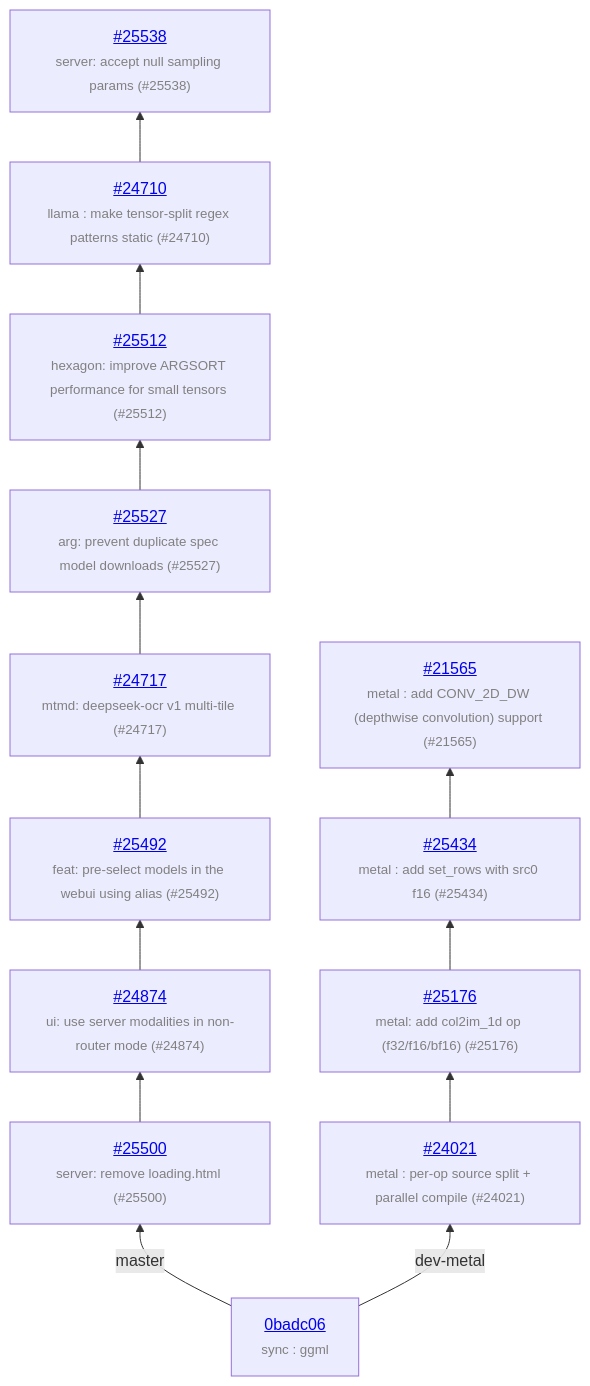
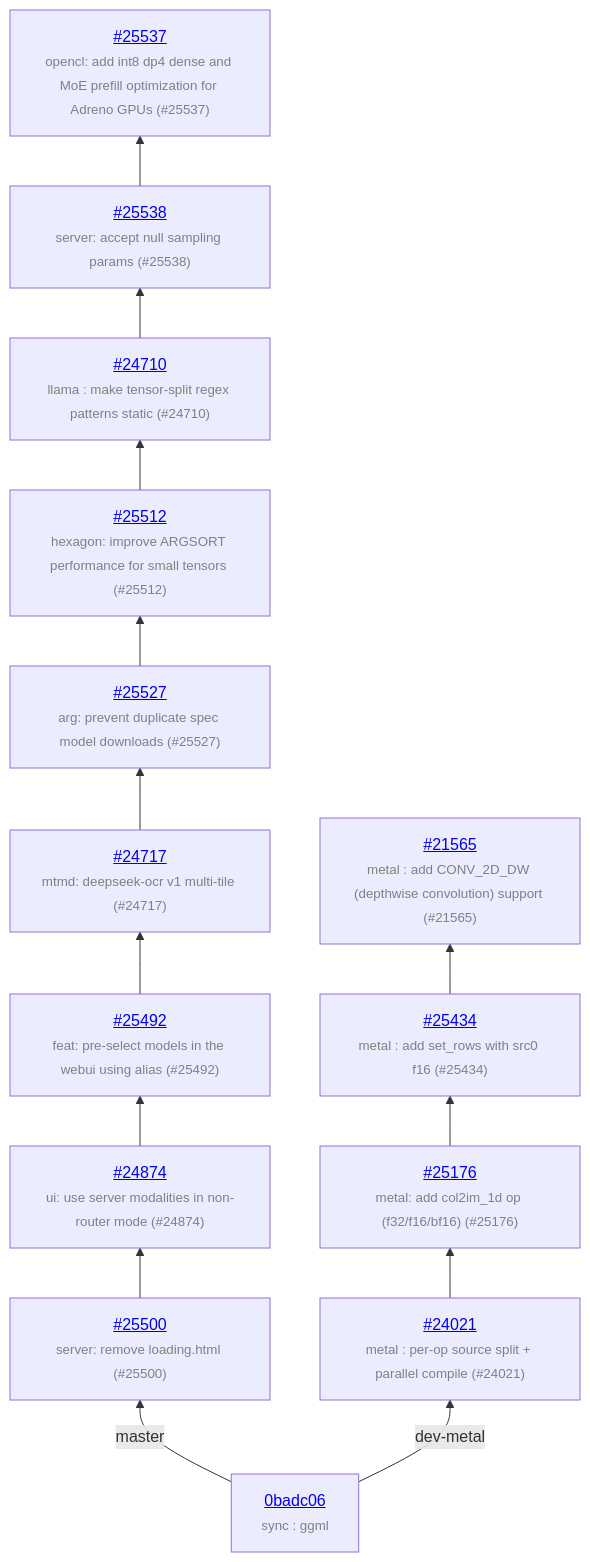
One commit to ggml-org/llama.cpp-dev changed the diagram in README.md. Above: the diagram before and after it, drawn with Mermaid. The commit also changed other lines of this file and 1 other file, not shown here.

Commit message:
auto: update

````diff
--- a/README.md
+++ b/README.md
@@ -13,28 +13,30 @@
 ```mermaid
 graph BT
     COMMON["<a href='https://github.com/ggml-org/llama.cpp/commit/0badc06ab53a8eb96e01242b92ec1365c4465a2a'>0badc06</a><br/><span style='font-size:smaller;color:gray'>sync : ggml</span>"]
     COMMON -->|master| C_a935fbf
     C_a935fbf["<a href='https://github.com/ggml-org/llama.cpp/pull/25500'>#25500</a><br/><span style='font-size:smaller;color:gray'>server: remove loading.html (#25500)</span>"]
     C_a935fbf --> C_9f623c6
     C_9f623c6["<a href='https://github.com/ggml-org/llama.cpp/pull/24874'>#24874</a><br/><span style='font-size:smaller;color:gray'>ui: use server modalities in non-router mode (#24874)</span>"]
     C_9f623c6 --> C_07d9378
     C_07d9378["<a href='https://github.com/ggml-org/llama.cpp/pull/25492'>#25492</a><br/><span style='font-size:smaller;color:gray'>feat: pre-select models in the webui using alias (#25492)</span>"]
     C_07d9378 --> C_3e706dd
     C_3e706dd["<a href='https://github.com/ggml-org/llama.cpp/pull/24717'>#24717</a><br/><span style='font-size:smaller;color:gray'>mtmd: deepseek-ocr v1 multi-tile (#24717)</span>"]
     C_3e706dd --> C_22b69b6
     C_22b69b6["<a href='https://github.com/ggml-org/llama.cpp/pull/25527'>#25527</a><br/><span style='font-size:smaller;color:gray'>arg: prevent duplicate spec model downloads (#25527)</span>"]
     C_22b69b6 --> C_67776ea
     C_67776ea["<a href='https://github.com/ggml-org/llama.cpp/pull/25512'>#25512</a><br/><span style='font-size:smaller;color:gray'>hexagon: improve ARGSORT performance for small tensors (#25512)</span>"]
     C_67776ea --> C_c749cb0
     C_c749cb0["<a href='https://github.com/ggml-org/llama.cpp/pull/24710'>#24710</a><br/><span style='font-size:smaller;color:gray'>llama : make tensor-split regex patterns static (#24710)</span>"]
     C_c749cb0 --> C_4f37f51
     C_4f37f51["<a href='https://github.com/ggml-org/llama.cpp/pull/25538'>#25538</a><br/><span style='font-size:smaller;color:gray'>server: accept null sampling params (#25538)</span>"]
+    C_4f37f51 --> C_1d1d9a9
+    C_1d1d9a9["<a href='https://github.com/ggml-org/llama.cpp/pull/25537'>#25537</a><br/><span style='font-size:smaller;color:gray'>opencl: add int8 dp4 dense and MoE prefill optimization for Adreno GPUs (#25537)</span>"]
     COMMON -->|dev-metal| C_3835214
     C_3835214["<a href='https://github.com/ggml-org/llama.cpp/pull/24021'>#24021</a><br/><span style='font-size:smaller;color:gray'>metal : per-op source split + parallel compile (#24021)</span>"]
     C_3835214 --> C_de75555
     C_de75555["<a href='https://github.com/ggml-org/llama.cpp/pull/25176'>#25176</a><br/><span style='font-size:smaller;color:gray'>metal: add col2im_1d op (f32/f16/bf16) (#25176)</span>"]
     C_de75555 --> C_e3ea5de
     C_e3ea5de["<a href='https://github.com/ggml-org/llama.cpp/pull/25434'>#25434</a><br/><span style='font-size:smaller;color:gray'>metal : add set_rows with src0 f16 (#25434)</span>"]
     C_e3ea5de --> C_65dd913
     C_65dd913["<a href='https://github.com/ggml-org/llama.cpp/pull/21565'>#21565</a><br/><span style='font-size:smaller;color:gray'>metal : add CONV_2D_DW (depthwise convolution) support (#21565)</span>"]
 ```
````
